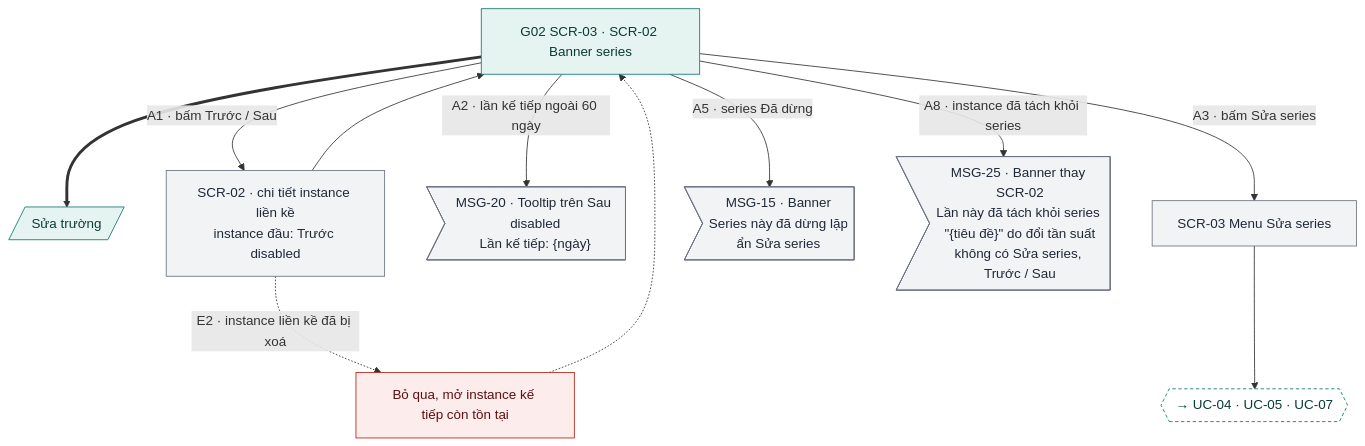
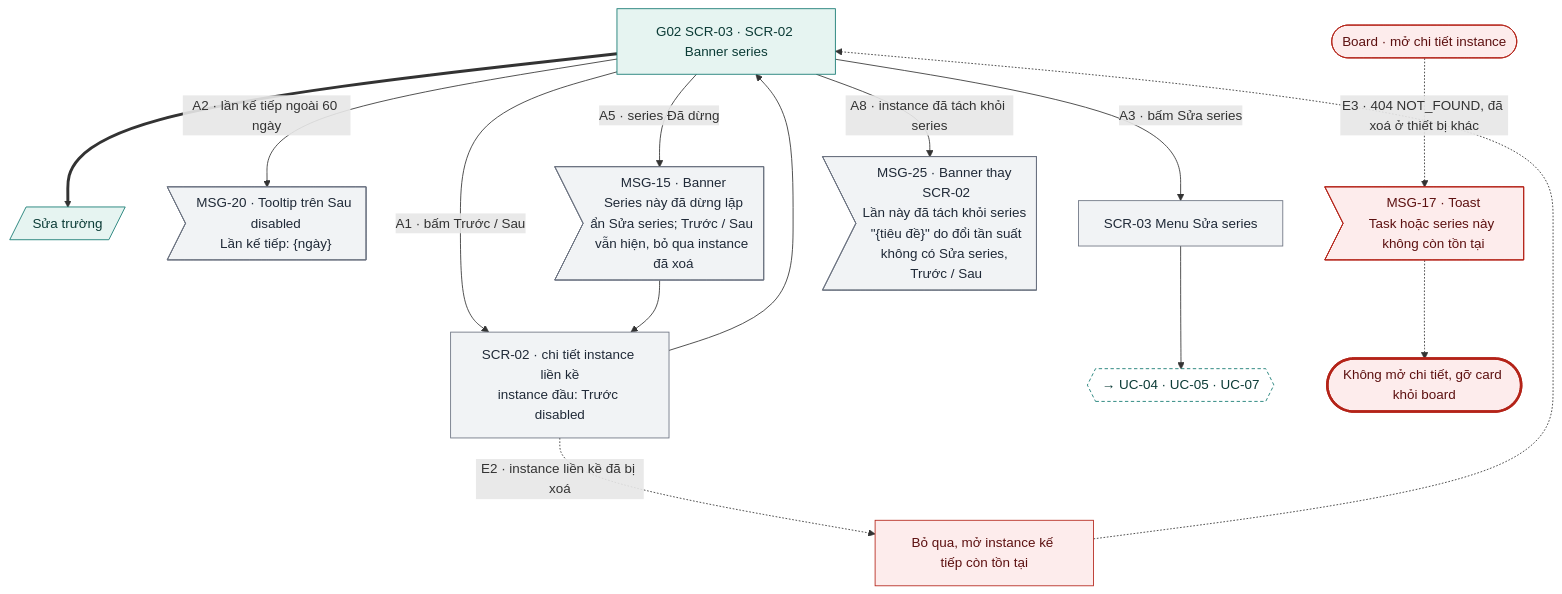
The seventh of 19 diagrams in docs/design-brief/flow/g03-task-lap-lai.md (tannguyenho/personal-app), drawn with Mermaid before and after one commit. The commit also changed other lines of this file and 5 other files, not shown here.

First line of the commit message:
docs(G03, G06): áp quyết định PO 09/11 vào SRS, PRD, flow

````diff
--- a/docs/design-brief/flow/g03-task-lap-lai.md
+++ b/docs/design-brief/flow/g03-task-lap-lai.md
@@ -272,30 +272,34 @@
 ```mermaid
 flowchart TD
   s1["G02 SCR-03 · SCR-02 Banner series"]
   u2[/"Sửa trường"/]
   s1 ==> u2
 
   s1 -->|"A1 · bấm Trước / Sau"| a1["SCR-02 · chi tiết instance liền kề<br/>instance đầu: Trước disabled"]
   a1 --> s1
   a1 -.->|"E2 · instance liền kề đã bị xoá"| e2["Bỏ qua, mở instance kế tiếp còn tồn tại"]
   e2 -.-> s1
   s1 -->|"A2 · lần kế tiếp ngoài 60 ngày"| a2m>"MSG-20 · Tooltip trên Sau disabled<br/>Lần kế tiếp: {ngày}"]
   s1 -->|"A3 · bấm Sửa series"| a3["SCR-03 Menu Sửa series"]
   a3 --> a3x{{"→ UC-04 · UC-05 · UC-07"}}
-  s1 -->|"A5 · series Đã dừng"| a5m>"MSG-15 · Banner<br/>Series này đã dừng lặp<br/>ẩn Sửa series"]
+  s1 -->|"A5 · series Đã dừng"| a5m>"MSG-15 · Banner<br/>Series này đã dừng lặp<br/>ẩn Sửa series; Trước / Sau vẫn hiện, bỏ qua instance đã xoá"]
+  a5m --> a1
+  e3s(["Board · mở chi tiết instance"]) -.->|"E3 · 404 NOT_FOUND, đã xoá ở thiết bị khác"| e3m>"MSG-17 · Toast<br/>Task hoặc series này không còn tồn tại"]
+  e3m -.-> e3(["Không mở chi tiết, gỡ card khỏi board"])
   s1 -->|"A8 · instance đã tách khỏi series"| a8m>"MSG-25 · Banner thay SCR-02<br/>Lần này đã tách khỏi series #quot;{tiêu đề}#quot; do đổi tần suất<br/>không có Sửa series, Trước / Sau"]
 
   class s1,u2 happy
   class a1,a2m,a3,a5m,a8m alt
   class a3x link
-  class e2 err
+  class e2,e3s,e3m err
+  class e3 fail
   classDef happy fill:#E6F4F1,stroke:#0F766E,color:#0B3B36
   classDef alt fill:#F1F3F5,stroke:#6B7280,color:#1F2937
   classDef err fill:#FDECEC,stroke:#B42318,color:#5C1010
   classDef warn fill:#FEF4E2,stroke:#B45309,color:#4A2604
   classDef ai fill:#F1ECFD,stroke:#6D28D9,color:#2E1065
   classDef sync fill:#FFFFFF,stroke:#6B7280,stroke-dasharray:4 3,color:#1F2937
   classDef link fill:#FFFFFF,stroke:#0F766E,stroke-dasharray:4 3,color:#0B3B36
   classDef done fill:#E6F4F1,stroke:#0F766E,stroke-width:3px,color:#0B3B36
   classDef fail fill:#FDECEC,stroke:#B42318,stroke-width:3px,color:#5C1010
 ```
````
